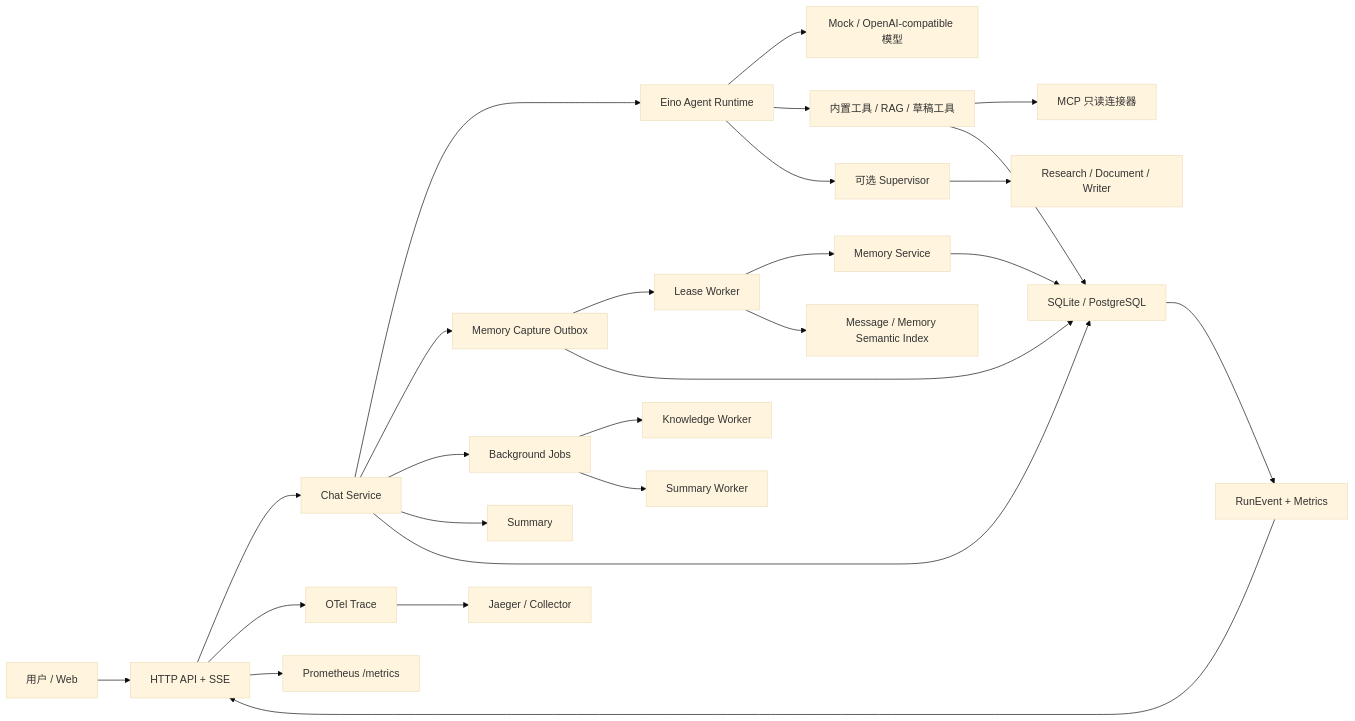
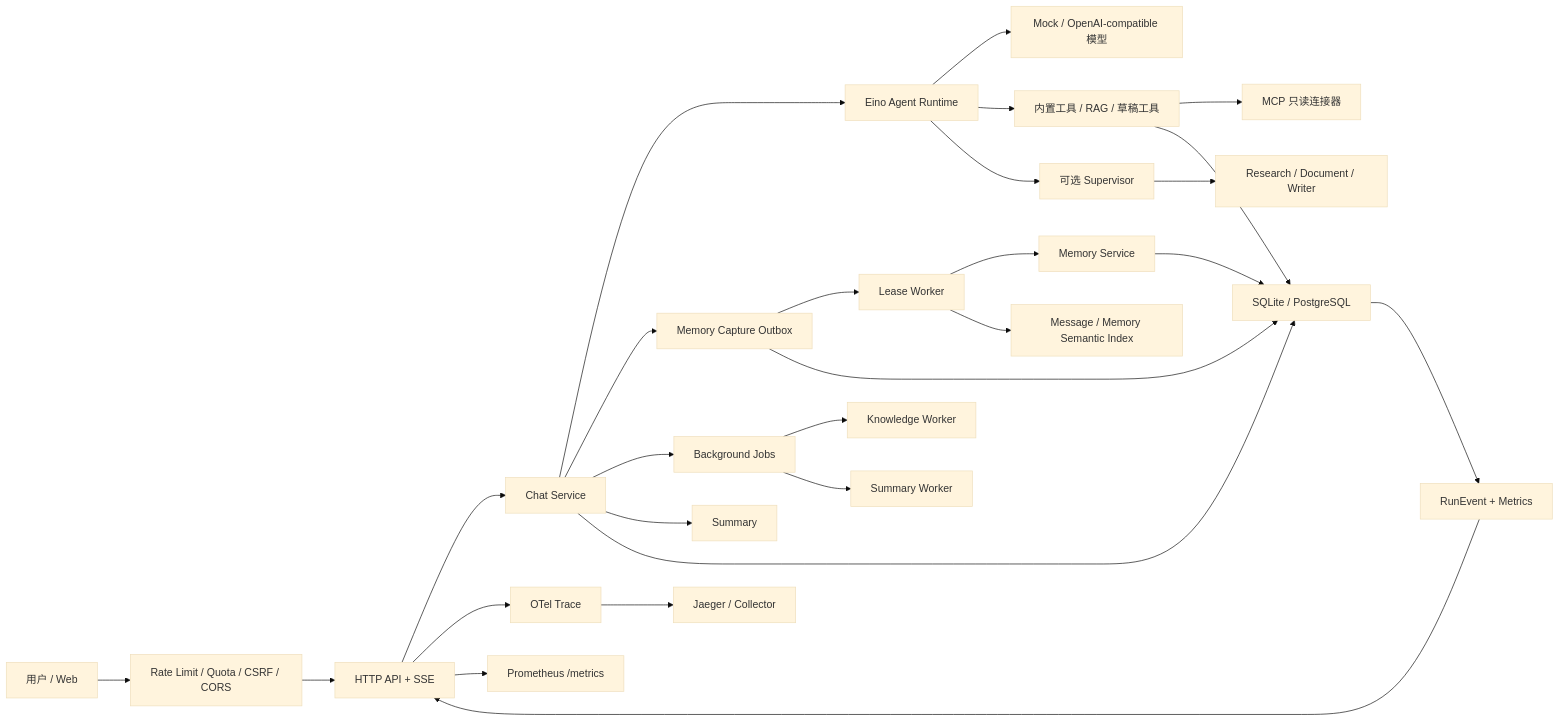
The first of 2 diagrams in README.md (zora-DD/zora), drawn with Mermaid (base theme) before and after one commit. The commit also changed other lines of this file and 31 other files, not shown here.

````diff
--- a/README.md
+++ b/README.md
@@ -43,28 +45,29 @@
 ```mermaid
 flowchart LR
-    User["用户 / Web"] --> API["HTTP API + SSE"]
+    User["用户 / Web"] --> Guard["Rate Limit / Quota / CSRF / CORS"]
+    Guard --> API["HTTP API + SSE"]
     API --> Chat["Chat Service"]
     Chat --> Runtime["Eino Agent Runtime"]
     Runtime --> Model["Mock / OpenAI-compatible 模型"]
     Runtime --> Tools["内置工具 / RAG / 草稿工具"]
     Runtime --> Supervisor["可选 Supervisor"]
     Supervisor --> Specialists["Research / Document / Writer"]
     Tools --> MCP["MCP 只读连接器"]
     Chat --> Outbox["Memory Capture Outbox"]
     Outbox --> Worker["Lease Worker"]
     Worker --> Memory["Memory Service"]
     Worker --> Semantic["Message / Memory Semantic Index"]
     Chat --> Jobs["Background Jobs"]
     Jobs --> Ingestion["Knowledge Worker"]
     Jobs --> SummaryWorker["Summary Worker"]
     Chat --> Summary["Summary"]
     Chat --> Store["SQLite / PostgreSQL"]
     Memory --> Store
     Outbox --> Store
     Tools --> Store
     Store --> Metrics["RunEvent + Metrics"]
     Metrics --> API
     API --> OTel["OTel Trace"]
     OTel --> Jaeger["Jaeger / Collector"]
     API --> Prom["Prometheus /metrics"]
 ```
````
